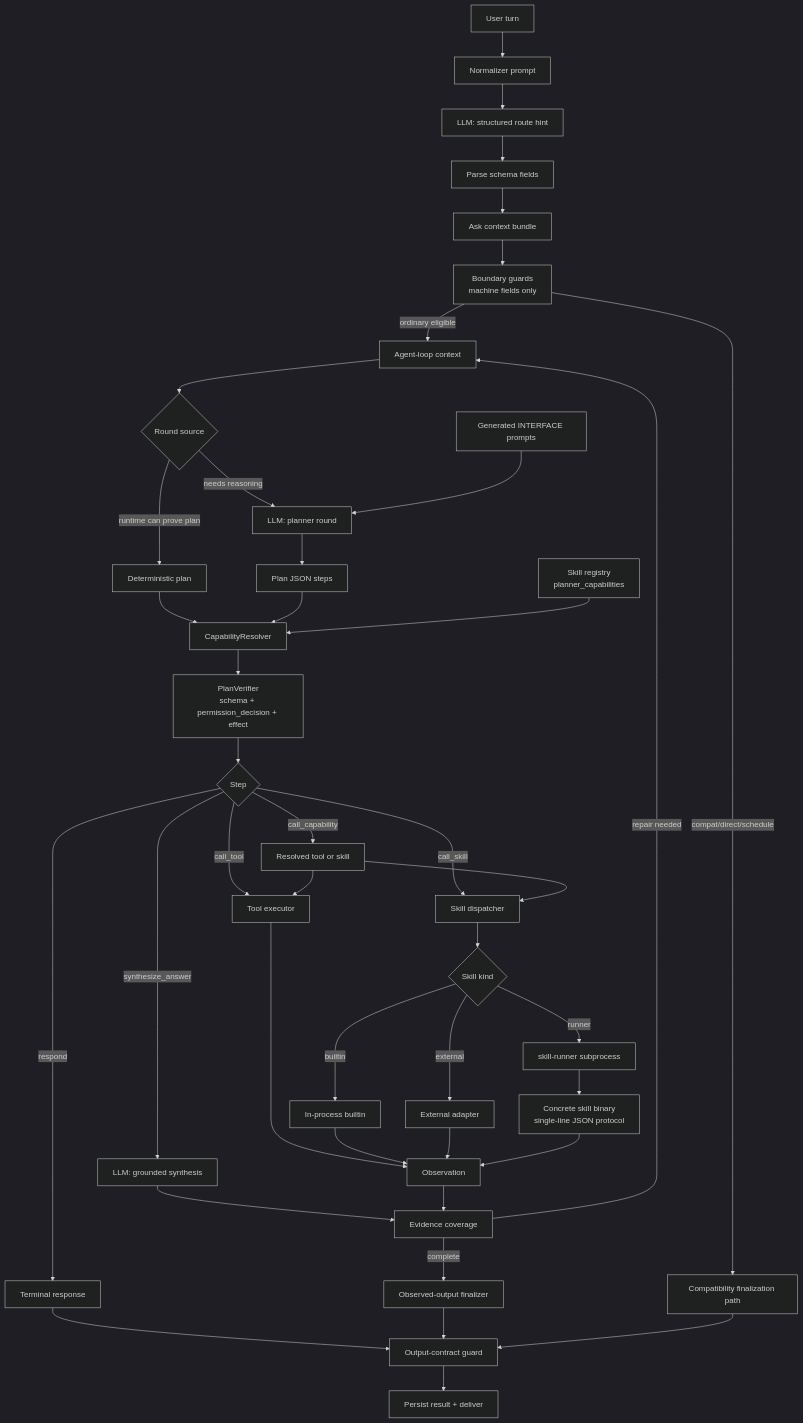
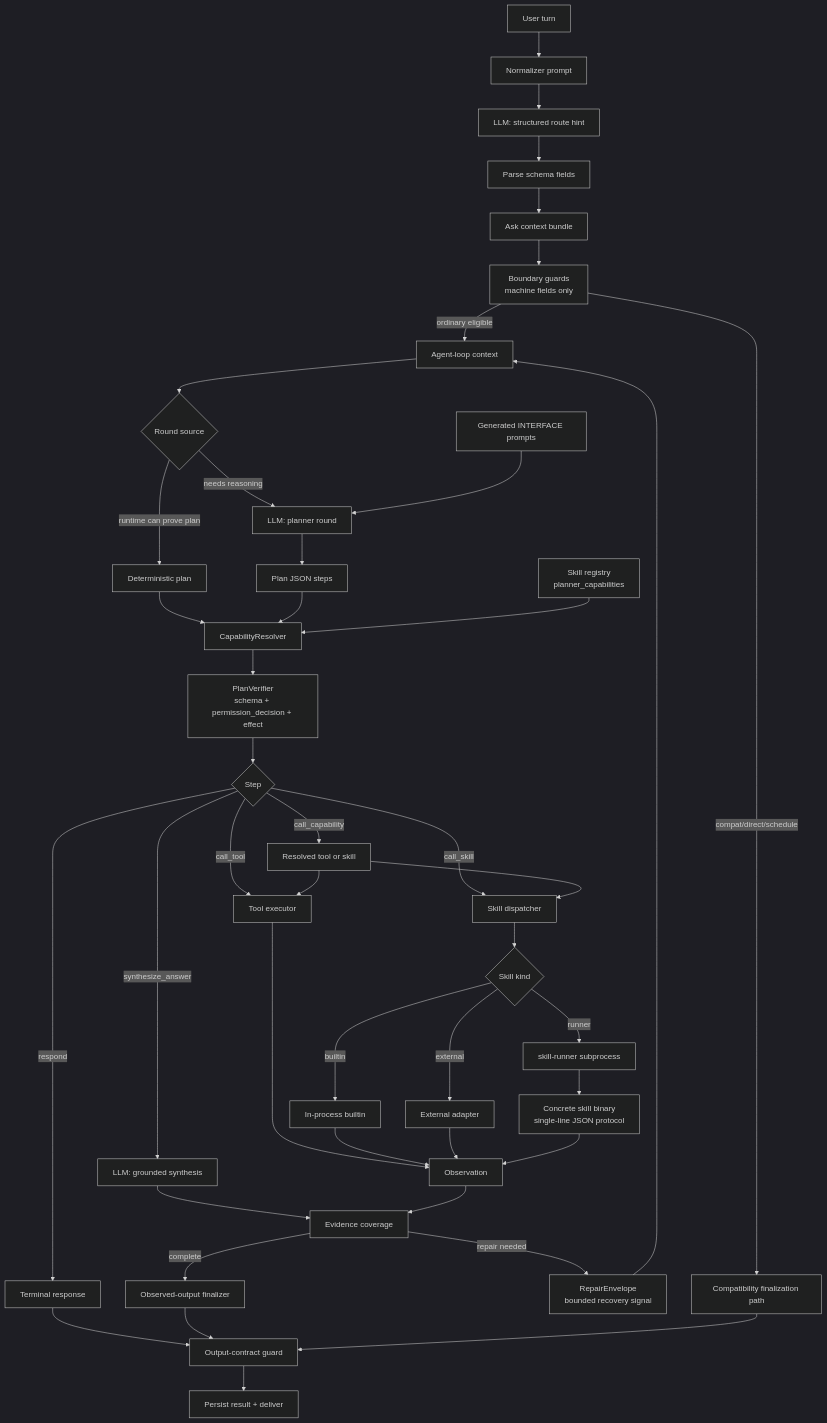
Before and after one commit to MatrixCoreX/RustClaw: the second of 3 diagrams in README.md, drawn with Mermaid (dark theme). The commit also changed other lines of this file and 112 other files, not shown here.

````diff
--- a/README.md
+++ b/README.md
@@ -86,44 +88,45 @@
 ```mermaid
 flowchart TD
     A[User turn] --> B[Normalizer prompt]
     B --> C[LLM: structured route hint]
     C --> D[Parse schema fields]
     D --> E[Ask context bundle]
     E --> F[Boundary guards<br/>machine fields only]
     F -->|ordinary eligible| G[Agent-loop context]
     F -->|compat/direct/schedule| H[Compatibility finalization path]
     G --> I{Round source}
     I -->|runtime can prove plan| J[Deterministic plan]
     I -->|needs reasoning| K[LLM: planner round]
     K --> L[Plan JSON steps]
     J --> M[CapabilityResolver]
     L --> M
     N[Skill registry<br/>planner_capabilities] --> M
     O[Generated INTERFACE prompts] --> K
     M --> P[PlanVerifier<br/>schema + permission_decision + effect]
     P --> Q{Step}
     Q -->|call_capability| R[Resolved tool or skill]
     Q -->|call_tool| S[Tool executor]
     Q -->|call_skill| T[Skill dispatcher]
     R --> S
     R --> T
     T --> U{Skill kind}
     U -->|builtin| V[In-process builtin]
     U -->|external| W[External adapter]
     U -->|runner| X[skill-runner subprocess]
     X --> Y[Concrete skill binary<br/>single-line JSON protocol]
     S --> Z[Observation]
     V --> Z
     W --> Z
     Y --> Z
     Q -->|synthesize_answer| ZA[LLM: grounded synthesis]
     Q -->|respond| ZB[Terminal response]
     ZA --> ZC[Evidence coverage]
     Z --> ZC
-    ZC -->|repair needed| G
+    ZC -->|repair needed| ZR[RepairEnvelope<br/>bounded recovery signal]
+    ZR --> G
     ZC -->|complete| ZD[Observed-output finalizer]
     ZB --> ZE[Output-contract guard]
     ZD --> ZE
     H --> ZE
     ZE --> ZF[Persist result + deliver]
 ```
````
